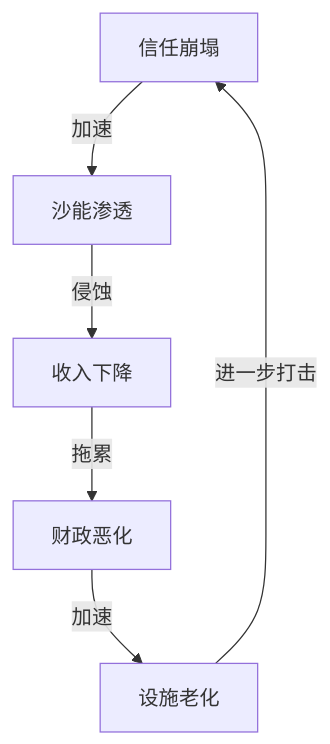
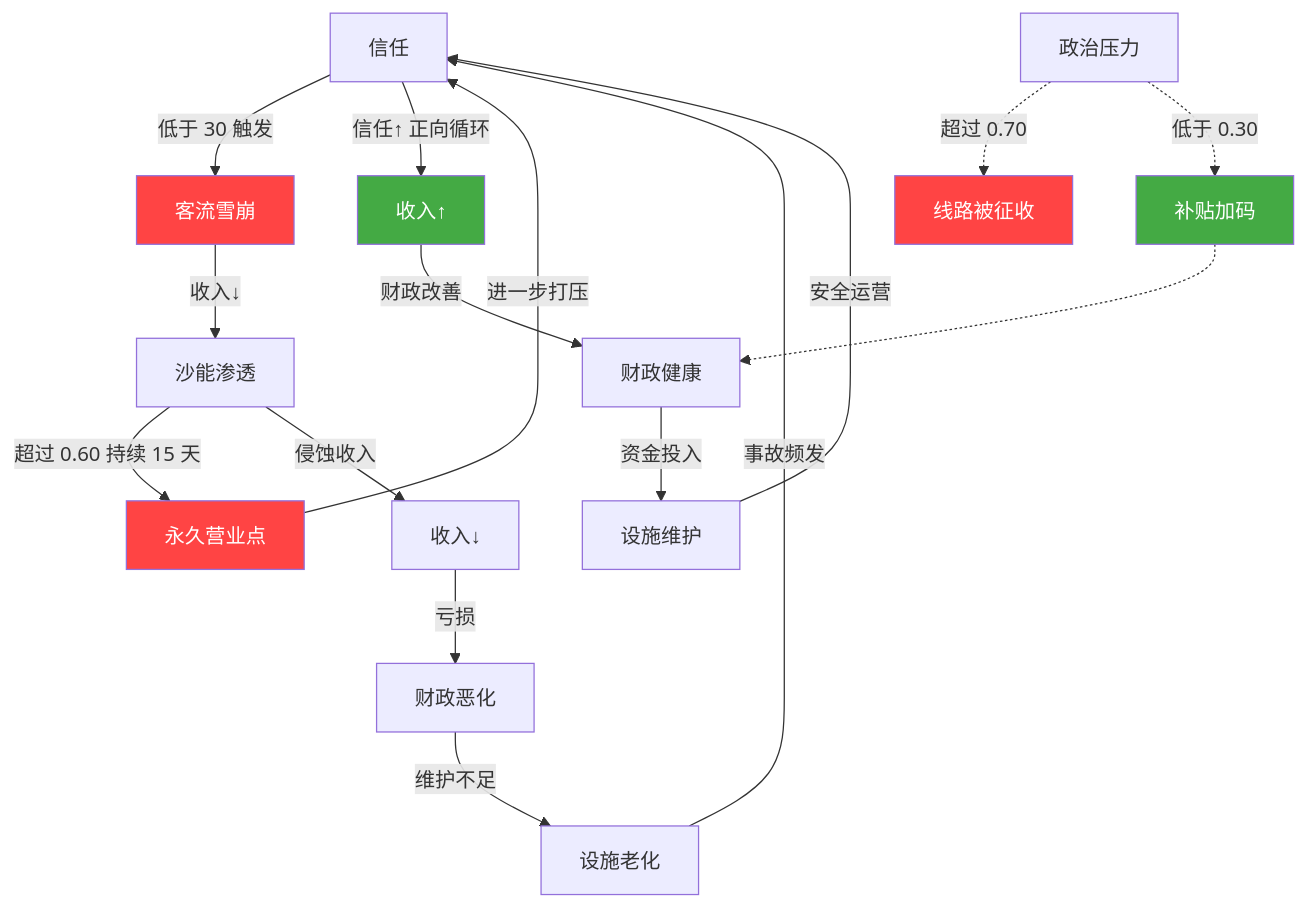
The second of 4 diagrams in README.zh-CN.md (NMDX0721/RailwayRenaissance), drawn with Mermaid before and after one commit. The commit also changed other lines of this file and 1 other file, not shown here.

Commit message:
docs: upgrade all Mermaid diagrams to complex versions - parallel generation, conditional branches, crisis paths, color-coded states

````diff
--- a/README.zh-CN.md
+++ b/README.zh-CN.md
@@ -123,8 +152,27 @@
 ```mermaid
 graph TD
-    Trust[信任崩塌] -->|加速| Sand[沙能渗透]
-    Sand -->|侵蚀| Revenue[收入下降]
-    Revenue -->|拖累| Fiscal[财政恶化]
-    Fiscal -->|加速| Infra[设施老化]
-    Infra -->|进一步打击| Trust
+    Trust[信任] -->|低于 30 触发| Crash[客流雪崩]
+    Crash -->|收入↓| Sand[沙能渗透]
+    Sand -->|超过 0.60 持续 15 天| Outpost[永久营业点]
+    Outpost -->|进一步打压| Trust
+    
+    Trust -->|信任↑ 正向循环| Revenue[收入↑]
+    Revenue -->|财政改善| Fiscal[财政健康]
+    Fiscal -->|资金投入| Infra[设施维护]
+    Infra -->|安全运营| Trust
+    
+    Sand -->|侵蚀收入| RevenueLoss[收入↓]
+    RevenueLoss -->|亏损| FiscalDown[财政恶化]
+    FiscalDown -->|维护不足| InfraDecay[设施老化]
+    InfraDecay -->|事故频发| Trust
+    
+    Political[政治压力] -.->|超过 0.70| Seizure[线路被征收]
+    Political -.->|低于 0.30| Subsidy[补贴加码]
+    Subsidy -.-> Fiscal
+    
+    style Crash fill:#ff4444,color:#fff
+    style Outpost fill:#ff4444,color:#fff
+    style Seizure fill:#ff4444,color:#fff
+    style Revenue fill:#44aa44,color:#fff
+    style Subsidy fill:#44aa44,color:#fff
 ```
````
